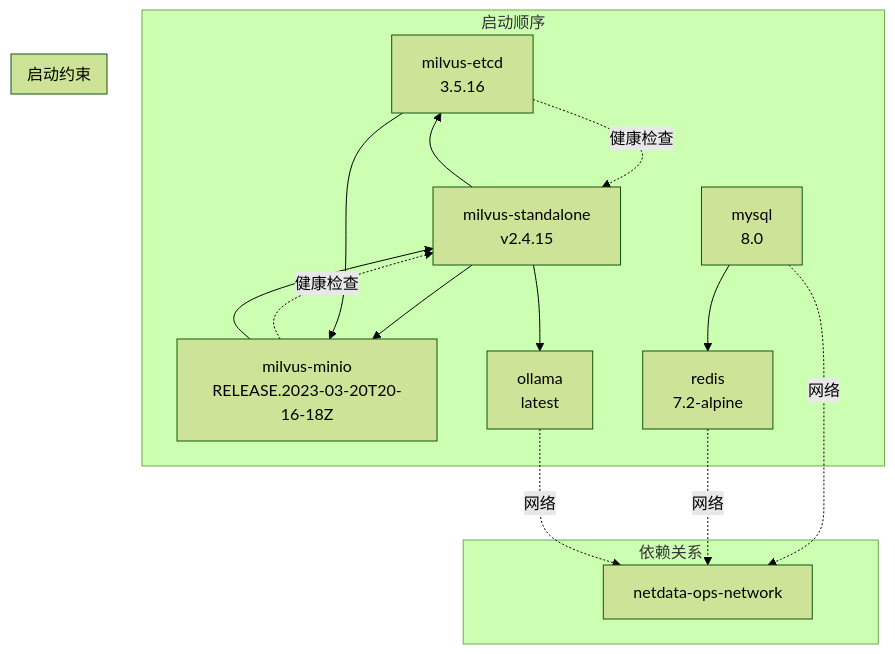
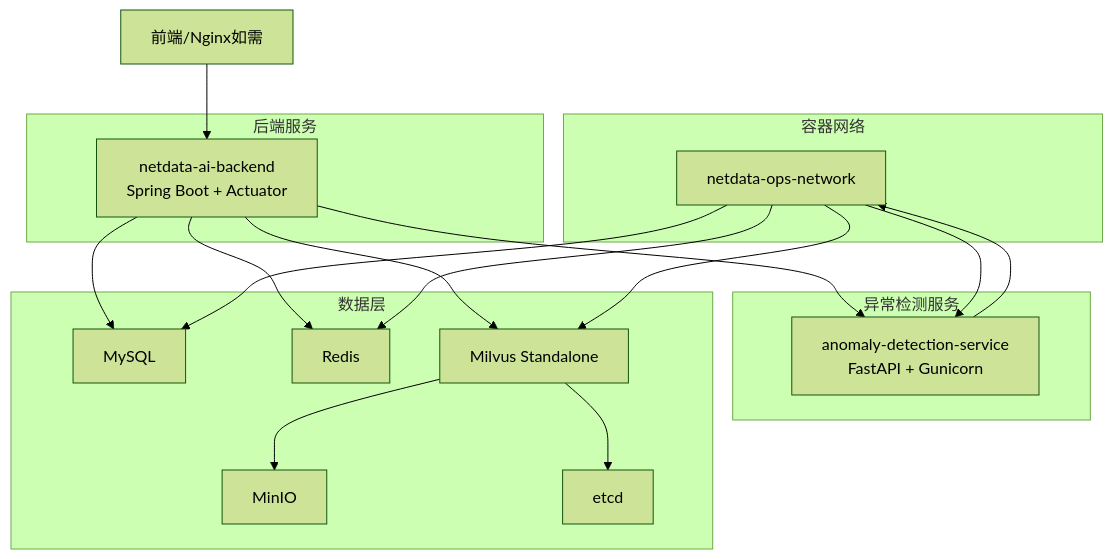
The first of 7 diagrams in .qoder/repowiki/zh/content/部署与运维/部署与运维.md (lyyzzz6/AIops), drawn with Mermaid (forest theme) before and after one commit. The commit also changed other lines of this file and 371 other files, not shown here.

````diff
--- a/.qoder/repowiki/zh/content/部署与运维/部署与运维.md
+++ b/.qoder/repowiki/zh/content/部署与运维/部署与运维.md
@@ -395,25 +42,32 @@
 ```mermaid
-graph TD
-subgraph "启动顺序"
-ETCD[milvus-etcd<br/>3.5.16]
-MINIO[milvus-minio<br/>RELEASE.2023-03-20T20-16-18Z]
-MILVUS[milvus-standalone<br/>v2.4.15]
-MYSQL[mysql<br/>8.0]
-REDIS[redis<br/>7.2-alpine]
-OLLAMA[ollama<br/>latest]
+graph TB
+subgraph "容器网络"
+NET["netdata-ops-network"]
 end
-subgraph "依赖关系"
+subgraph "后端服务"
+BACK["netdata-ai-backend<br/>Spring Boot + Actuator"]
+end
+subgraph "异常检测服务"
+DETECT["anomaly-detection-service<br/>FastAPI + Gunicorn"]
+end
+subgraph "数据层"
+MYSQL["MySQL"]
+REDIS["Redis"]
+MILVUS["Milvus Standalone"]
+MINIO["MinIO"]
+ETCD["etcd"]
+end
+FRONT["前端/Nginx如需"]
+FRONT --> BACK
+BACK --> MYSQL
+BACK --> REDIS
+BACK --> MILVUS
+DETECT --> NET
+BACK --> DETECT
+MILVUS --> MINIO
 MILVUS --> ETCD
-MILVUS --> MINIO
-MYSQL -.->|网络| NET[netdata-ops-network]
-REDIS -.->|网络| NET
-OLLAMA -.->|网络| NET
-end
-subgraph "启动约束"
-ETCD -.->|健康检查| MILVUS
-MINIO -.->|健康检查| MILVUS
-end
-ETCD --> MINIO --> MILVUS
-MYSQL --> REDIS
-MILVUS --> OLLAMA
+NET --> MYSQL
+NET --> REDIS
+NET --> MILVUS
+NET --> DETECT
 ```
````
